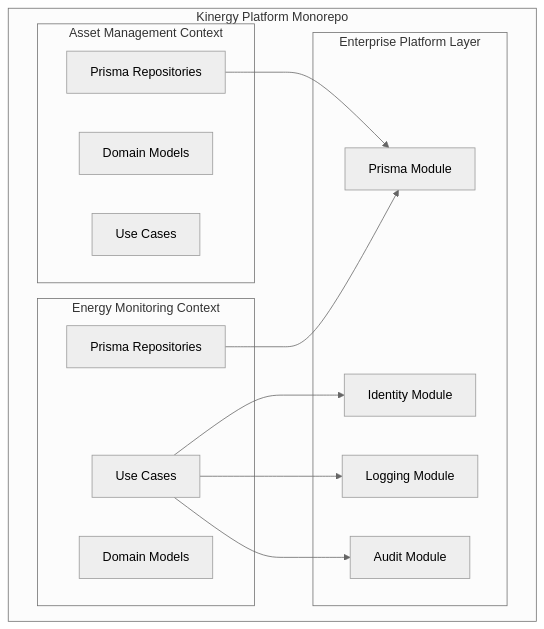
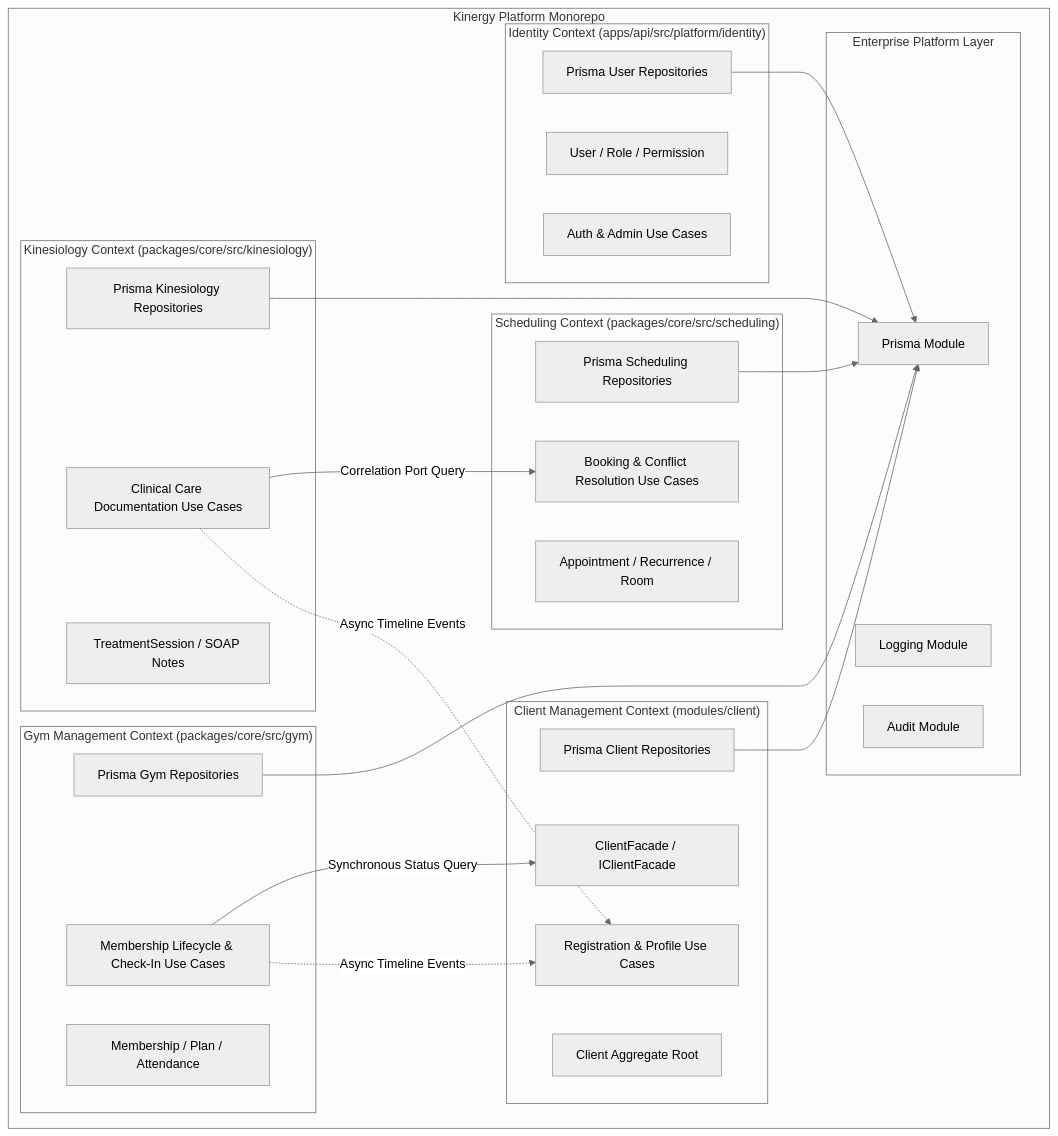
Before and after one commit to izzydin/kinergy-platform: the first of 2 diagrams in docs/architecture/bounded-contexts.md, drawn with Mermaid (neutral theme). The commit also changed other lines of this file and 7 other files, not shown here.

Commit message:
docs(gym): define bounded context ownership, context map and architectural invariants

````diff
--- a/docs/architecture/bounded-contexts.md
+++ b/docs/architecture/bounded-contexts.md
@@ -7,29 +7,52 @@
 ```mermaid
 graph TD
     subgraph Kinergy Platform Monorepo
-        subgraph Energy Monitoring Context
-            EM_DOM[Domain Models]
-            EM_UC[Use Cases]
-            EM_REPO[Prisma Repositories]
+        subgraph "Identity Context (apps/api/src/platform/identity)"
+            IAM_DOM[User / Role / Permission]
+            IAM_UC[Auth & Admin Use Cases]
+            IAM_REPO[Prisma User Repositories]
         end
 
-        subgraph Asset Management Context
-            AM_DOM[Domain Models]
-            AM_UC[Use Cases]
-            AM_REPO[Prisma Repositories]
+        subgraph "Client Management Context (modules/client)"
+            CLT_DOM[Client Aggregate Root]
+            CLT_UC[Registration & Profile Use Cases]
+            CLT_FACADE[ClientFacade / IClientFacade]
+            CLT_REPO[Prisma Client Repositories]
         end
 
-        subgraph Enterprise Platform Layer
+        subgraph "Scheduling Context (packages/core/src/scheduling)"
+            SCHED_DOM[Appointment / Recurrence / Room]
+            SCHED_UC[Booking & Conflict Resolution Use Cases]
+            SCHED_REPO[Prisma Scheduling Repositories]
+        end
+
+        subgraph "Kinesiology Context (packages/core/src/kinesiology)"
+            KIN_DOM[TreatmentSession / SOAP Notes]
+            KIN_UC[Clinical Care Documentation Use Cases]
+            KIN_REPO[Prisma Kinesiology Repositories]
+        end
+
+        subgraph "Gym Management Context (packages/core/src/gym)"
+            GYM_DOM[Membership / Plan / Attendance]
+            GYM_UC[Membership Lifecycle & Check-In Use Cases]
+            GYM_REPO[Prisma Gym Repositories]
+        end
+
+        subgraph "Enterprise Platform Layer"
             PLAT_PRISMA[Prisma Module]
-            PLAT_IDENT[Identity Module]
             PLAT_LOG[Logging Module]
             PLAT_AUDIT[Audit Module]
         end
     end
 
-    EM_REPO --> PLAT_PRISMA
-    AM_REPO --> PLAT_PRISMA
-    EM_UC --> PLAT_IDENT
-    EM_UC --> PLAT_LOG
-    EM_UC --> PLAT_AUDIT
+    IAM_REPO --> PLAT_PRISMA
+    CLT_REPO --> PLAT_PRISMA
+    SCHED_REPO --> PLAT_PRISMA
+    KIN_REPO --> PLAT_PRISMA
+    GYM_REPO --> PLAT_PRISMA
+
+    GYM_UC -->|Synchronous Status Query| CLT_FACADE
+    KIN_UC -->|Correlation Port Query| SCHED_UC
+    GYM_UC -.->|Async Timeline Events| CLT_UC
+    KIN_UC -.->|Async Timeline Events| CLT_UC
 ```
````
